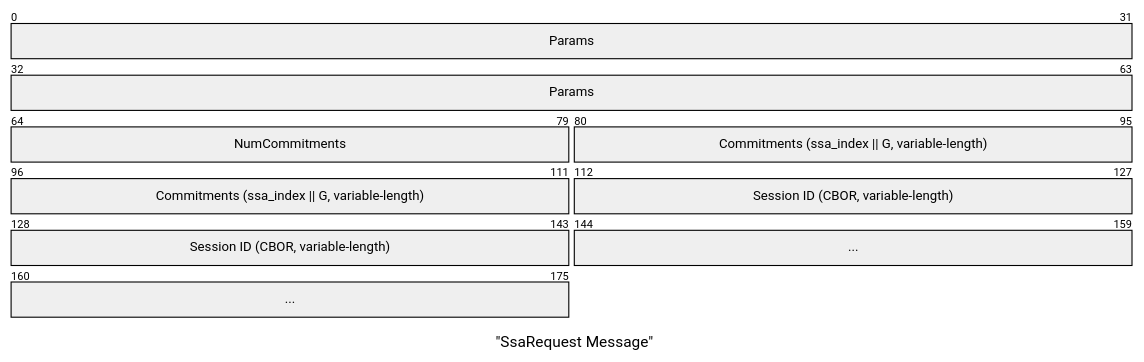
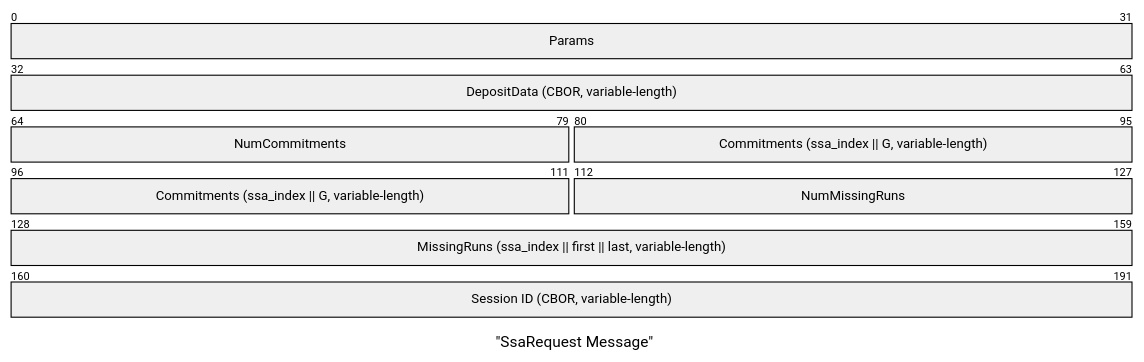
Before and after one commit to hoprnet/rfc: the seventh of 13 diagrams in rfcs/RFC-0009-session-start-protocol/0009-session-start-protocol.md, drawn with Mermaid. The commit also changed other lines of this file, not shown here.

````diff
--- a/rfcs/RFC-0009-session-start-protocol/0009-session-start-protocol.md
+++ b/rfcs/RFC-0009-session-start-protocol/0009-session-start-protocol.md
@@ -296,9 +325,11 @@
 ```mermaid
 packet
 title "SsaRequest Message"
-+64: "Params"
++32: "Params"
++32: "DepositData (CBOR, variable-length)"
 +16: "NumCommitments"
 +32: "Commitments (ssa_index || G, variable-length)"
++16: "NumMissingRuns"
++32: "MissingRuns (ssa_index || first || last, variable-length)"
 +32: "Session ID (CBOR, variable-length)"
-+32: "..."
 ```
````
